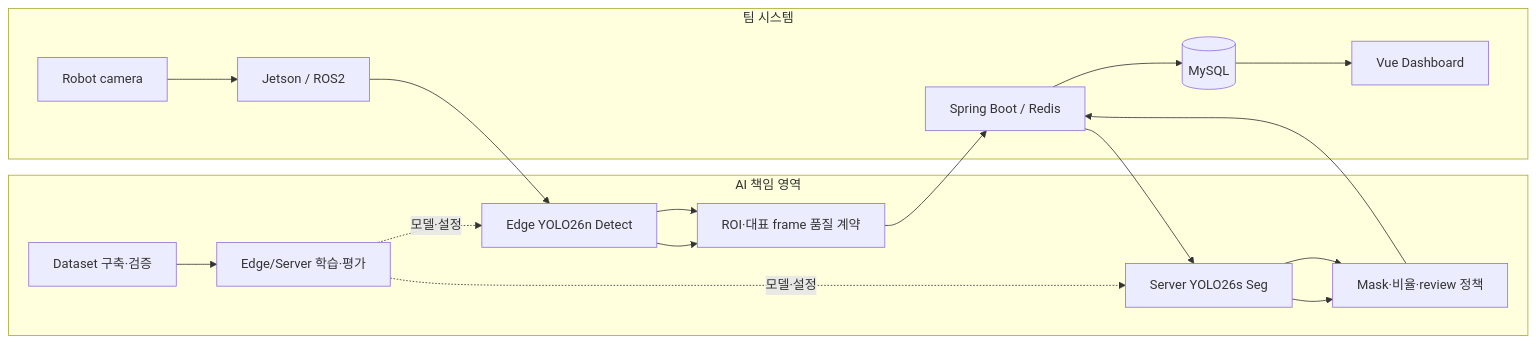
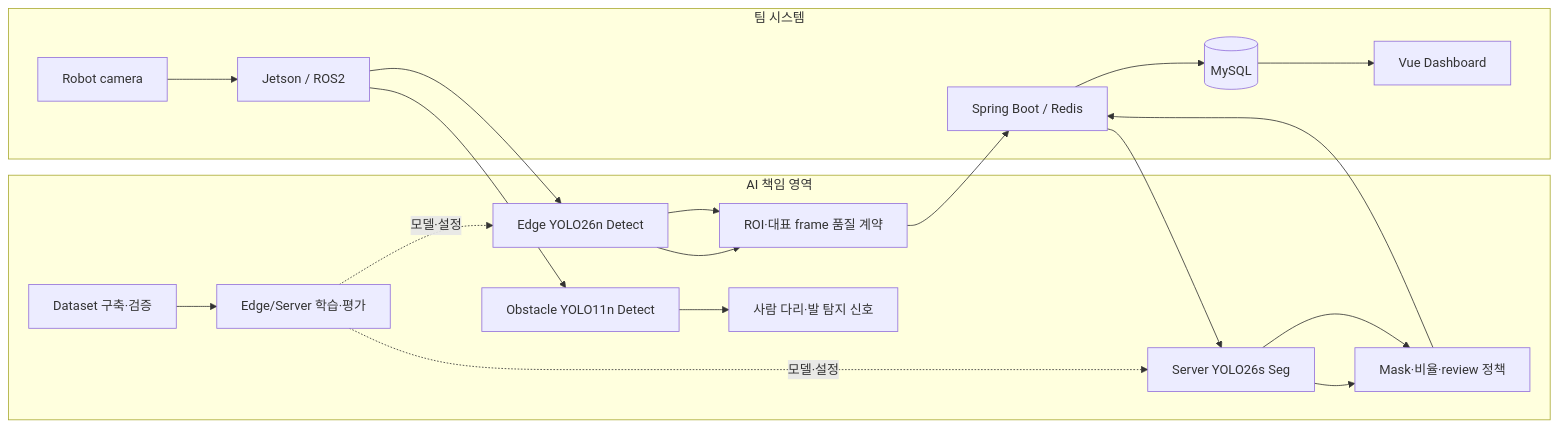
One commit to ehrud7654/roady-edge-server-ai changed the diagram in README.md. Above: the diagram before and after it, drawn with Mermaid. The commit also changed other lines of this file and 4 other files, not shown here.

Commit message:
docs: highlight YOLO11n obstacle detection

````diff
--- a/README.md
+++ b/README.md
@@ -17,15 +17,17 @@
 ```mermaid
 flowchart LR
   subgraph AI[AI 책임 영역]
     D[Dataset 구축·검증] --> T[Edge/Server 학습·평가]
     E[Edge YOLO26n Detect] --> R[ROI·대표 frame 품질 계약]
     S[Server YOLO26s Seg] --> A[Mask·비율·review 정책]
+    O[Obstacle YOLO11n Detect] --> H[사람 다리·발 탐지 신호]
   end
   subgraph Team[팀 시스템]
     C[Robot camera] --> J[Jetson / ROS2]
     B[Spring Boot / Redis] --> DB[(MySQL)] --> F[Vue Dashboard]
   end
   J --> E --> R --> B --> S --> A --> B
+  J --> O
   T -. 모델·설정 .-> E
   T -. 모델·설정 .-> S
 ```
````
